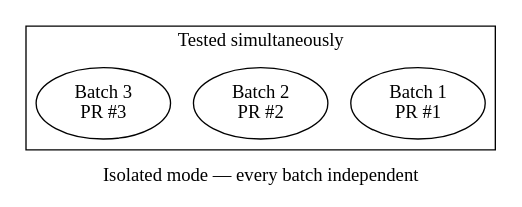
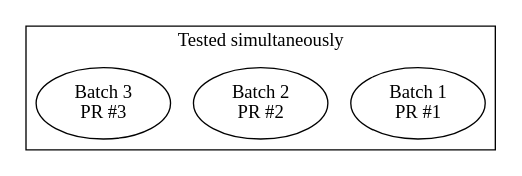
The fifth of 5 diagrams in src/content/docs/merge-queue/queue-modes.mdx (Mergifyio/docs), drawn with Graphviz before and after one commit. The commit also changed other lines of this file and 20 other files, not shown here.

First line of the commit message:
feat(diagrams): size by type, caption in HTML, one meaning per role

````diff
--- a/src/content/docs/merge-queue/queue-modes.mdx
+++ b/src/content/docs/merge-queue/queue-modes.mdx
@@ -388,15 +384,14 @@
-```dot class="flow"
+```dot class="flow" title="Isolated mode — every batch is tested on its own, with no dependency on any other"
 digraph {
-  label="Isolated mode — every batch independent";
   edge [style=invis];
 
   subgraph cluster_running {
     class="batch";
     label="Tested simultaneously";
     PR1 [label="Batch 1\nPR #1", class="pending"];
     PR2 [label="Batch 2\nPR #2", class="pending"];
     PR3 [label="Batch 3\nPR #3", class="pending"];
     { rank=same; PR1; PR2; PR3; }
   }
 }
 ```
````
